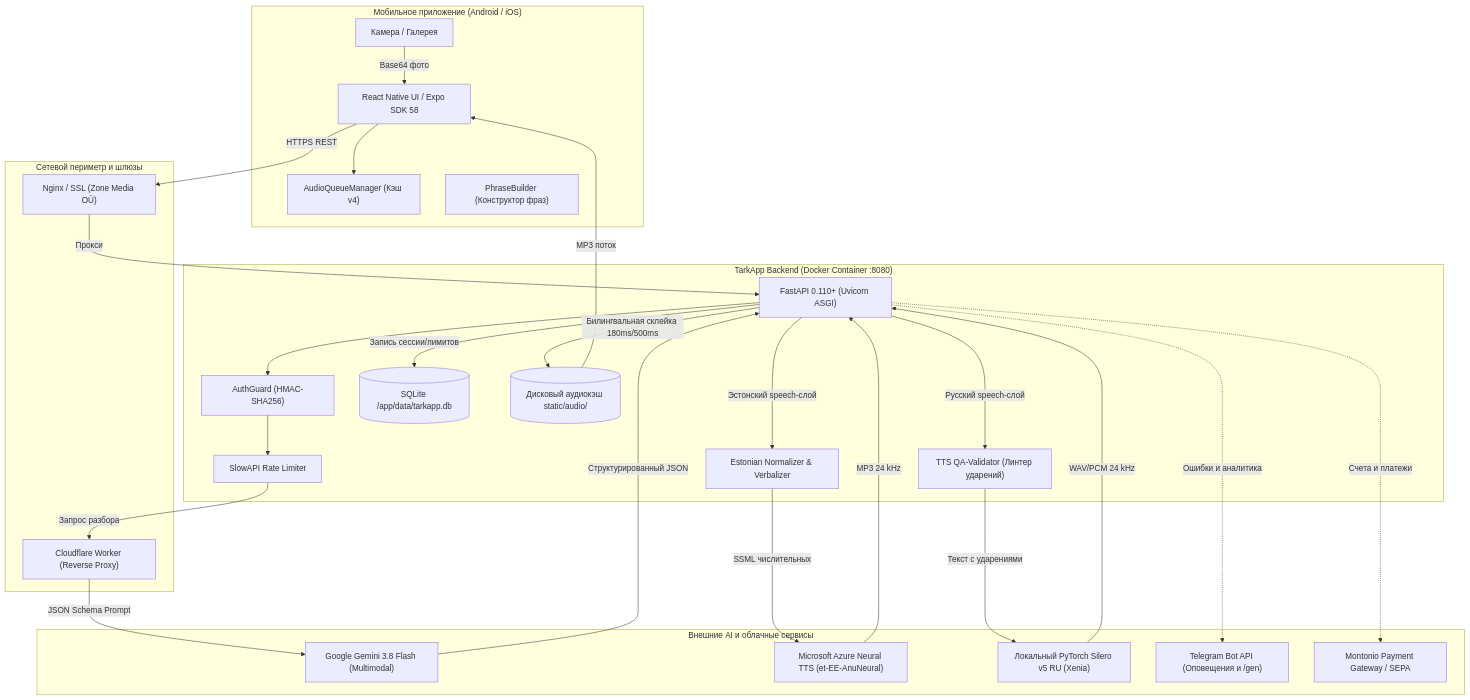
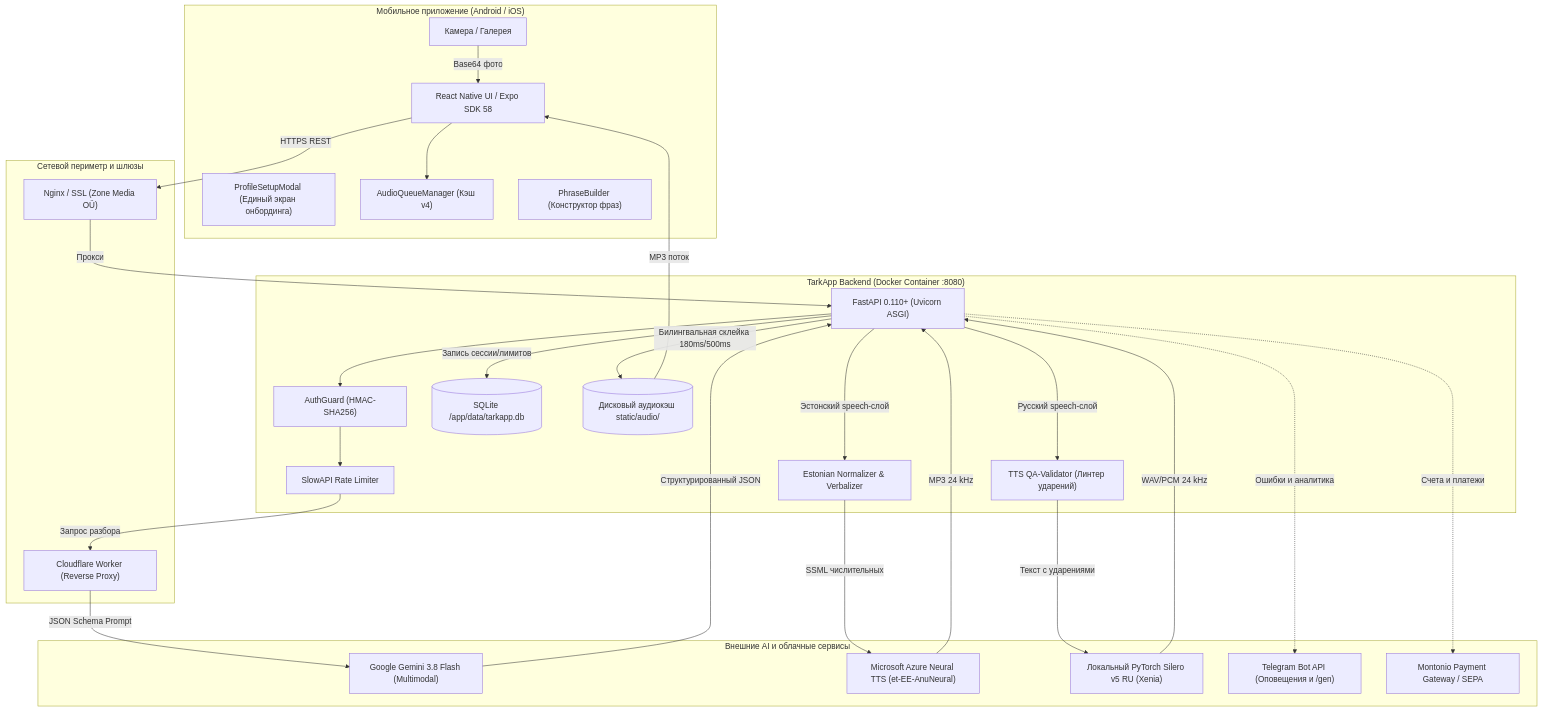
The first of 2 diagrams in tarkapp_technical_passport.md (danilvorontsov-cell/TarkApp), drawn with Mermaid before and after one commit. The commit also changed other lines of this file and 9 other files, not shown here.

````diff
--- a/tarkapp_technical_passport.md
+++ b/tarkapp_technical_passport.md
@@ -25,53 +35,54 @@
 ```mermaid
 flowchart TD
     subgraph MobileClient["Мобильное приложение (Android / iOS)"]
         UI["React Native UI / Expo SDK 58"]
+        Modal["ProfileSetupModal (Единый экран онбординга)"]
         AQM["AudioQueueManager (Кэш v4)"]
         Cam["Камера / Галерея"]
         PB["PhraseBuilder (Конструктор фраз)"]
     end
 
     subgraph Edge["Сетевой периметр и шлюзы"]
         CF["Cloudflare Worker (Reverse Proxy)"]
         ZoneNginx["Nginx / SSL (Zone Media OÜ)"]
     end
 
     subgraph Backend["TarkApp Backend (Docker Container :8080)"]
         FastAPI["FastAPI 0.110+ (Uvicorn ASGI)"]
         AuthGuard["AuthGuard (HMAC-SHA256)"]
         Limiter["SlowAPI Rate Limiter"]
         DB[(SQLite /app/data/tarkapp.db)]
         DiskAudioCache[("Дисковый аудиокэш static/audio/")]
         QA["TTS QA-Validator (Линтер ударений)"]
         EstNorm["Estonian Normalizer & Verbalizer"]
     end
 
     subgraph ExternalAI["Внешние AI и облачные сервисы"]
         Gemini["Google Gemini 3.8 Flash (Multimodal)"]
         AzureTTS["Microsoft Azure Neural TTS (et-EE-AnuNeural)"]
         Silero["Локальный PyTorch Silero v5 RU (Xenia)"]
         TG["Telegram Bot API (Оповещения и /gen)"]
         Montonio["Montonio Payment Gateway / SEPA"]
     end
 
     Cam -->|Base64 фото| UI
     UI -->|HTTPS REST| ZoneNginx
     ZoneNginx -->|Прокси| FastAPI
     FastAPI --> AuthGuard
     AuthGuard --> Limiter
     Limiter -->|Запрос разбора| CF
     CF -->|JSON Schema Prompt| Gemini
     Gemini -->|Структурированный JSON| FastAPI
     FastAPI -->|Запись сессии/лимитов| DB
     FastAPI -->|Русский speech-слой| QA
     QA -->|Текст с ударениями| Silero
     FastAPI -->|Эстонский speech-слой| EstNorm
     EstNorm -->|SSML числительных| AzureTTS
     Silero -->|WAV/PCM 24 kHz| FastAPI
     AzureTTS -->|MP3 24 kHz| FastAPI
     FastAPI -->|Билингвальная склейка 180ms/500ms| DiskAudioCache
     DiskAudioCache -->|MP3 поток| UI
     UI --> AQM
     FastAPI -.->|Ошибки и аналитика| TG
     FastAPI -.->|Счета и платежи| Montonio
 ```
````
